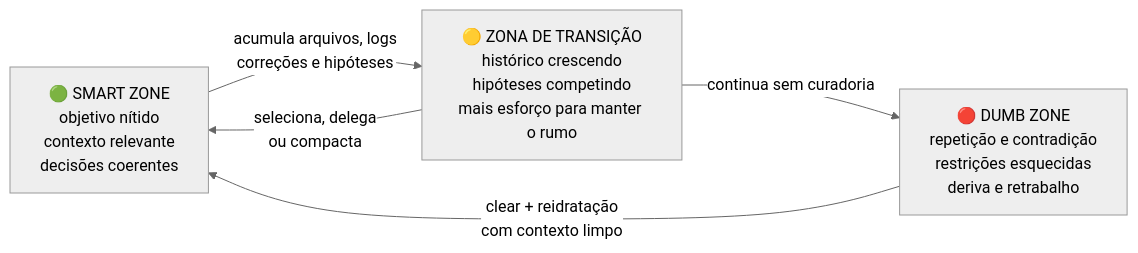
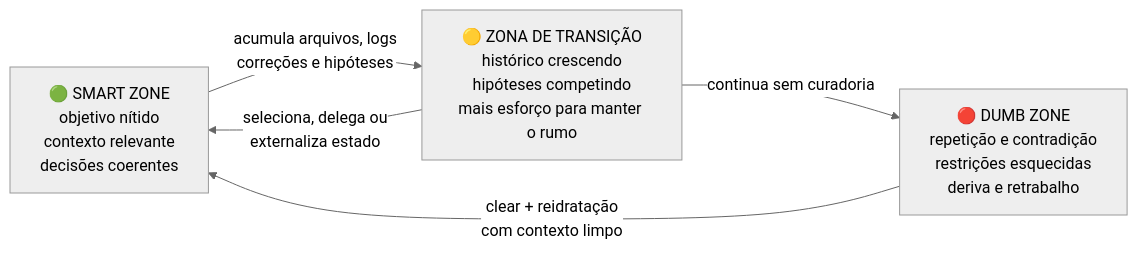
One commit to Erick-Marinho/do-zero-ao-agente changed the second of 4 diagrams in docs/livro/01-fundamentos.md. Above: the diagram before and after it, drawn with Mermaid (neutral theme). The commit also changed other lines of this file and 10 other files, not shown here.

````diff
--- a/docs/livro/01-fundamentos.md
+++ b/docs/livro/01-fundamentos.md
@@ -67,11 +67,11 @@
 ```mermaid
 flowchart LR
     S["🟢 SMART ZONE<br/>objetivo nítido<br/>contexto relevante<br/>decisões coerentes"]
     T["🟡 ZONA DE TRANSIÇÃO<br/>histórico crescendo<br/>hipóteses competindo<br/>mais esforço para manter o rumo"]
     D["🔴 DUMB ZONE<br/>repetição e contradição<br/>restrições esquecidas<br/>deriva e retrabalho"]
 
     S -->|acumula arquivos, logs<br/>correções e hipóteses| T
     T -->|continua sem curadoria| D
-    T -->|seleciona, delega<br/>ou compacta| S
+    T -->|seleciona, delega ou<br/>externaliza estado| S
     D -->|clear + reidratação<br/>com contexto limpo| S
 ```
````
